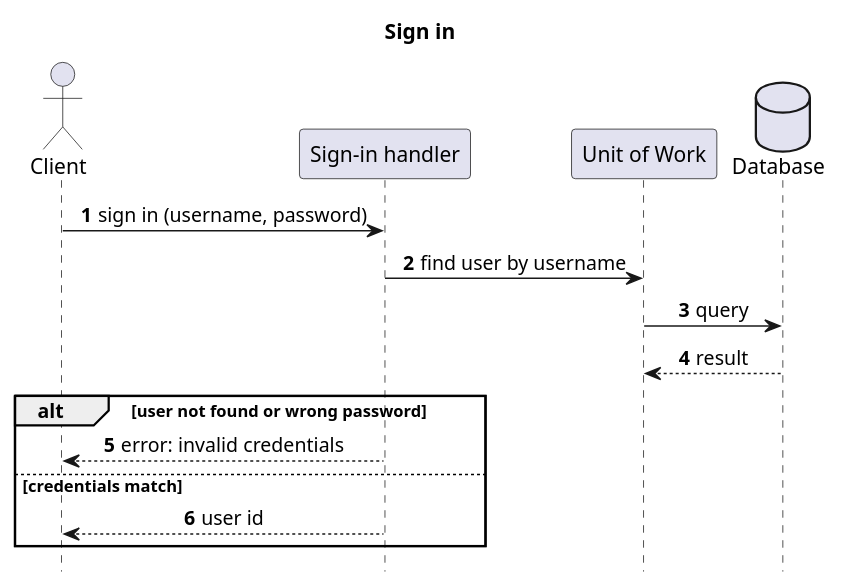
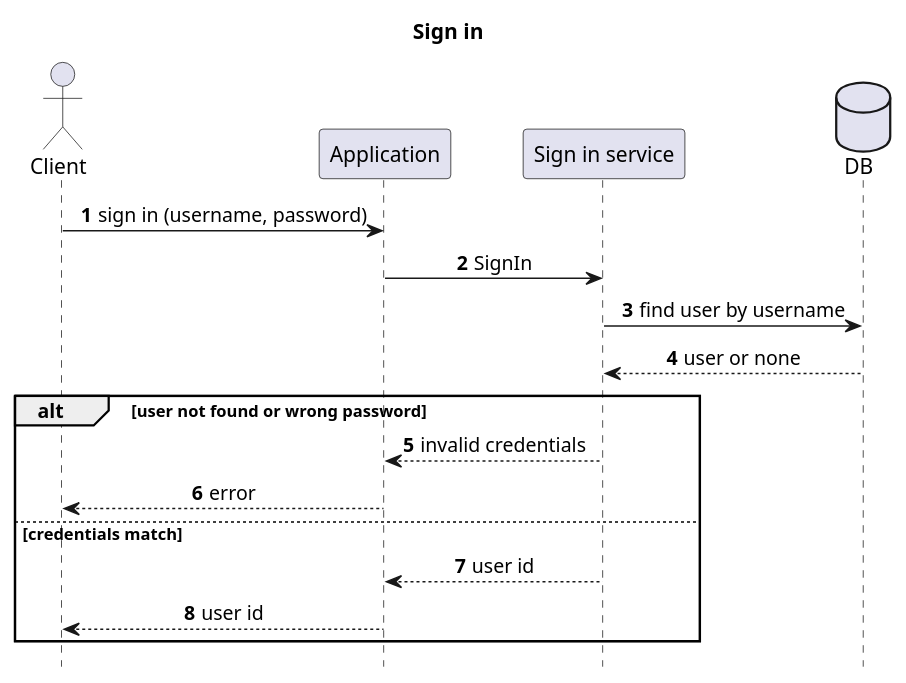
The diagram in design/services/app/sign_in_sequence.puml (saleh1312/pdf_reader), drawn with PlantUML before and after one commit. The commit also changed 19 other files, not shown here.

```diff
--- a/design/services/app/sign_in_sequence.puml
+++ b/design/services/app/sign_in_sequence.puml
@@ -1,25 +1,27 @@
 @startuml sign_in_sequence
 title Sign in
 
 skinparam shadowing false
 skinparam sequenceMessageAlign center
 hide footbox
 autonumber
 
 actor Client
-participant "Sign-in handler" as H
-participant "Unit of Work" as UOW
-database "Database" as DB
+participant Application
+participant "Sign in service" as Service
+database DB
 
-Client -> H : sign in (username, password)
-H -> UOW : find user by username
-UOW -> DB : query
-DB --> UOW : result
+Client -> Application : sign in (username, password)
+Application -> Service : SignIn
+Service -> DB : find user by username
+DB --> Service : user or none
 
 alt user not found or wrong password
-  H --> Client : error: invalid credentials
+  Service --> Application : invalid credentials
+  Application --> Client : error
 else credentials match
-  H --> Client : user id
+  Service --> Application : user id
+  Application --> Client : user id
 end
 
 @enduml
```
